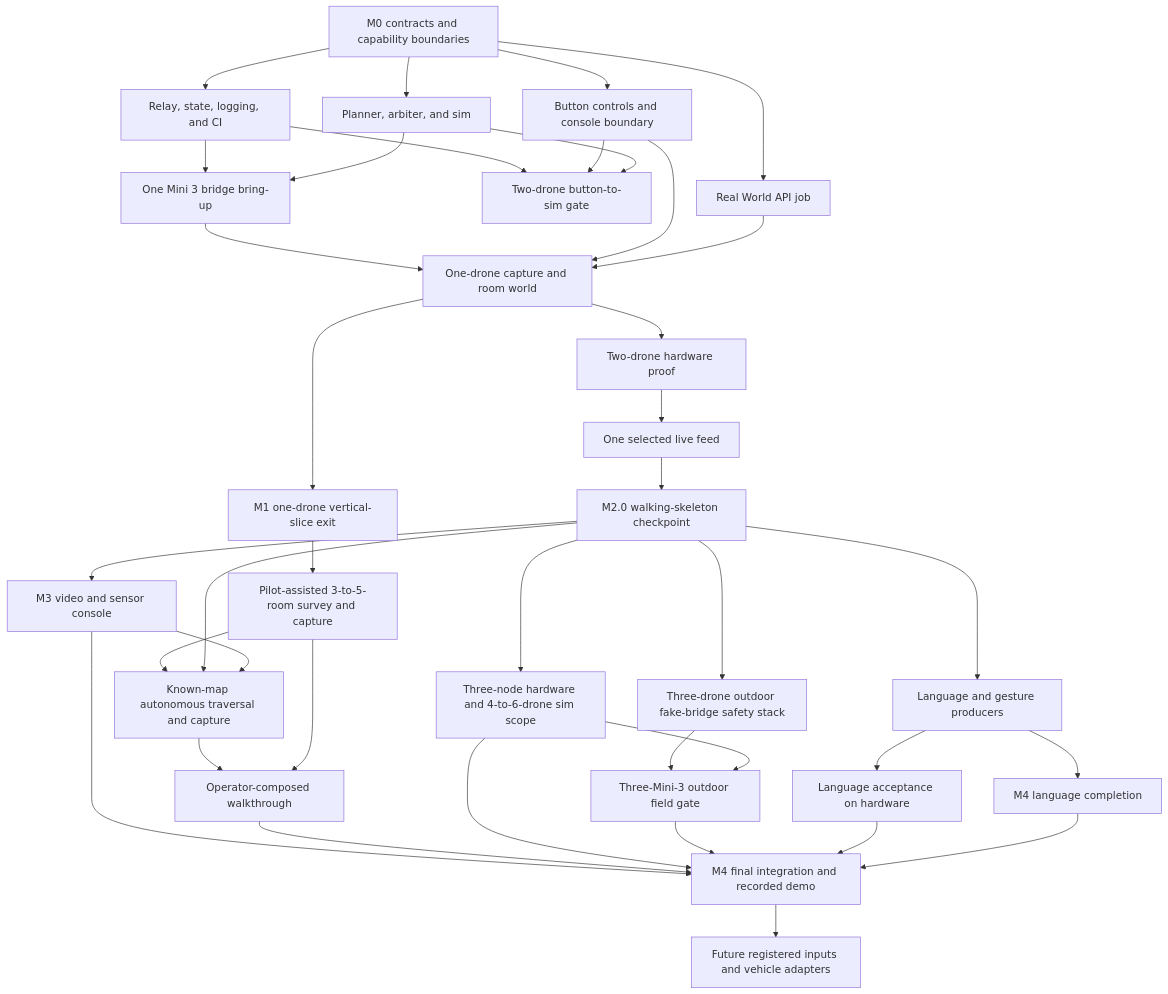
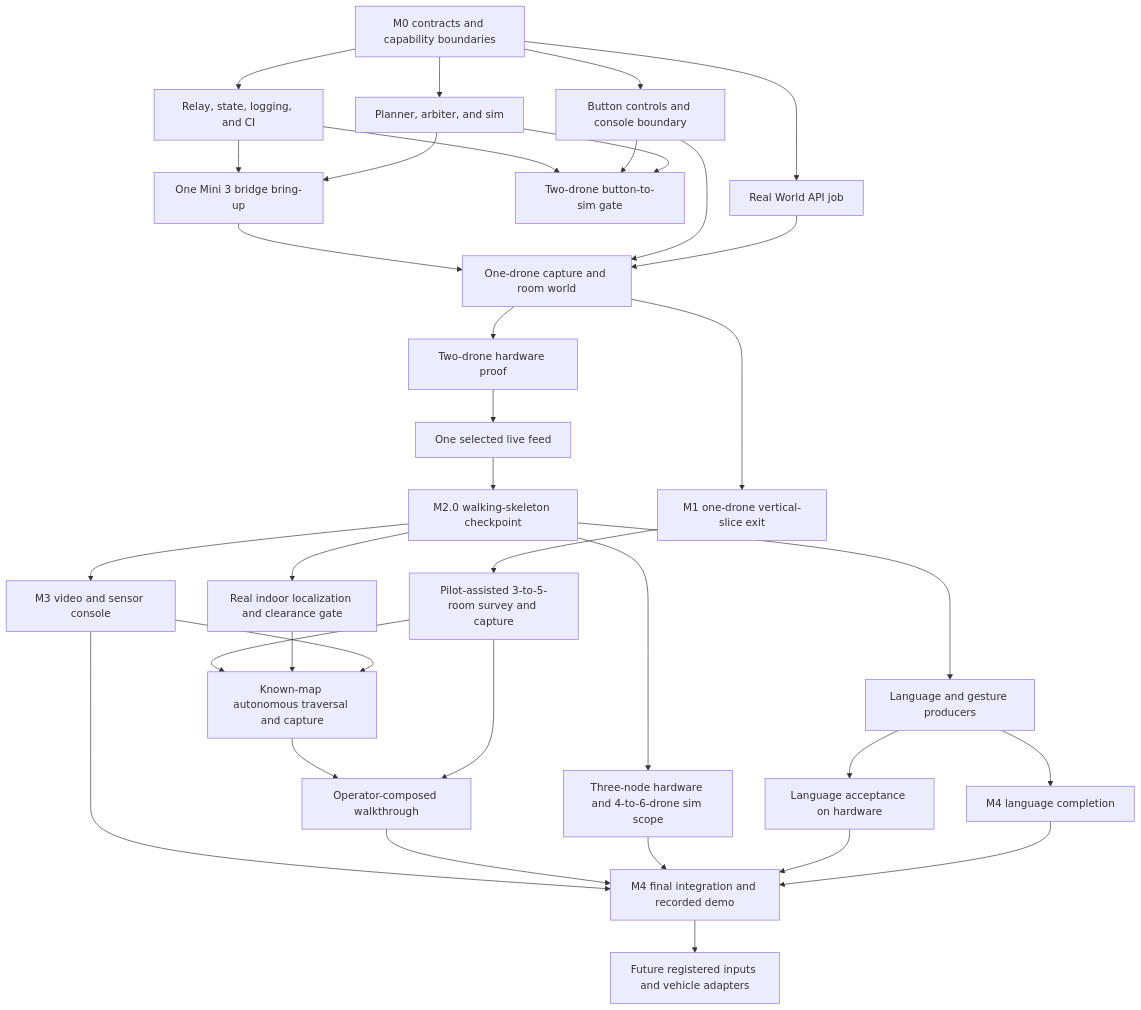
Before and after one commit to worldofhacks/sweep: the diagram in docs/mvp-plan.md, drawn with Mermaid. The commit also changed other lines of this file and 1 other file, not shown here.

Commit message:
docs: prioritize real indoor autonomy

````diff
--- a/docs/mvp-plan.md
+++ b/docs/mvp-plan.md
@@ -13,40 +13,37 @@
 ```mermaid
 flowchart TD
     m0[M0 contracts and capability boundaries] --> relay[Relay, state, logging, and CI]
     m0 --> worldapi[Real World API job]
     m0 --> controls[Button controls and console boundary]
     m0 --> autonomy[Planner, arbiter, and sim]
     relay --> simgate[Two-drone button-to-sim gate]
     controls --> simgate
     autonomy --> simgate
     m20 --> speech[Language and gesture producers]
     relay --> bridge[One Mini 3 bridge bring-up]
     autonomy --> bridge
     bridge --> hw1[One-drone capture and room world]
     controls --> hw1
     worldapi --> hw1
     hw1 --> m1[M1 one-drone vertical-slice exit]
     m1 --> rooms[Pilot-assisted 3-to-5-room survey and capture]
     hw1 --> hw2[Two-drone hardware proof]
     hw2 --> feed[One selected live feed]
     feed --> m20[M2.0 walking-skeleton checkpoint]
     m20 --> scale[Three-node hardware and 4-to-6-drone sim scope]
-    m20 --> fieldsim[Three-drone outdoor fake-bridge safety stack]
     m20 --> video[M3 video and sensor console]
+    m20 --> localization[Real indoor localization and clearance gate]
     rooms --> knownmap[Known-map autonomous traversal and capture]
-    m20 --> knownmap
+    localization --> knownmap
     video --> knownmap
-    fieldsim --> fieldflight[Three-Mini-3 outdoor field gate]
-    scale --> fieldflight
     speech --> hwlang[Language acceptance on hardware]
     speech --> langfull[M4 language completion]
     knownmap --> compose[Operator-composed walkthrough]
     rooms --> compose
     video --> release[M4 final integration and recorded demo]
     compose --> release
     scale --> release
-    fieldflight --> release
     hwlang --> release
     langfull --> release
     release --> future[Future registered inputs and vehicle adapters]
 ```
````
